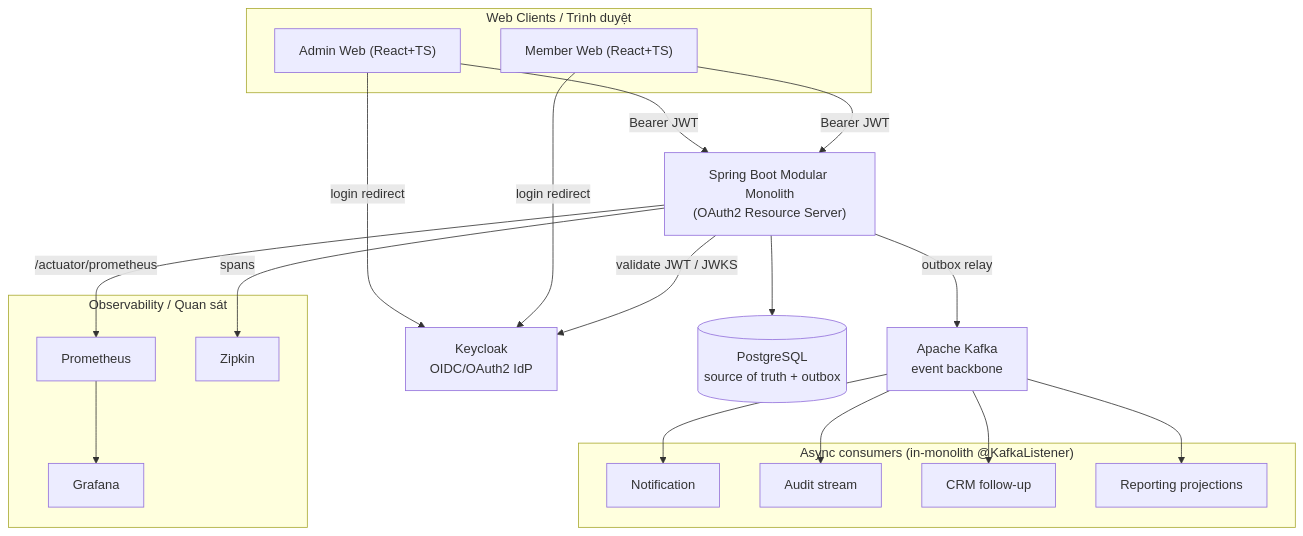
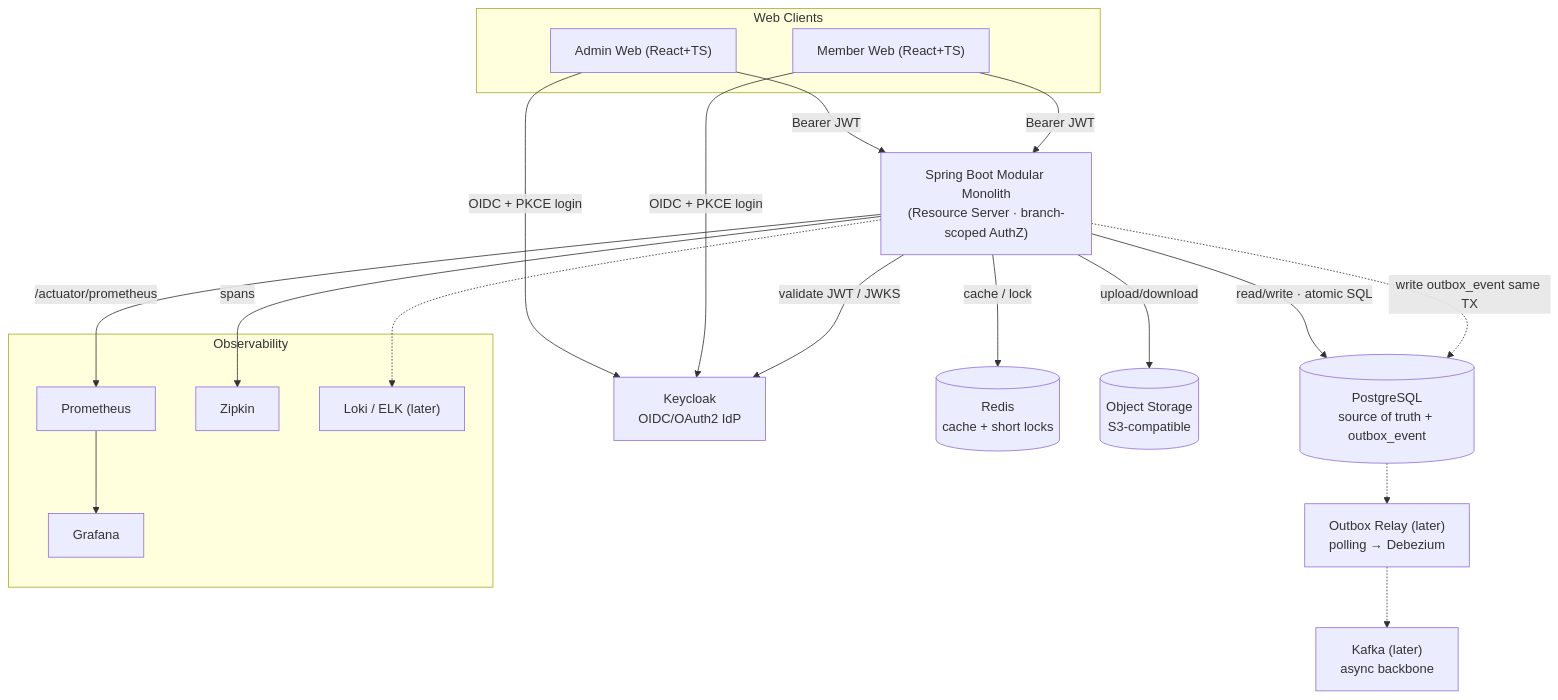
One commit to diepchu1999/gym-platform changed the diagram in gym-platform-docs/architecture/solution-architecture.md. Above: the diagram before and after it, drawn with Mermaid. The commit also changed other lines of this file and 47 other files, not shown here.

````diff
--- a/gym-platform-docs/architecture/solution-architecture.md
+++ b/gym-platform-docs/architecture/solution-architecture.md
@@ -32,37 +35,32 @@
 ```mermaid
 flowchart TB
-    subgraph Clients["Web Clients / Trình duyệt"]
+    subgraph Clients["Web Clients"]
       ADMIN["Admin Web (React+TS)"]
       MEMBER["Member Web (React+TS)"]
     end
-
     KC["Keycloak<br/>OIDC/OAuth2 IdP"]
-    API["Spring Boot Modular Monolith<br/>(OAuth2 Resource Server)"]
-    PG[("PostgreSQL<br/>source of truth + outbox")]
-    KAFKA["Apache Kafka<br/>event backbone"]
-
-    subgraph Consumers["Async consumers (in-monolith @KafkaListener)"]
-      NOTI["Notification"]
-      AUDIT["Audit stream"]
-      CRMC["CRM follow-up"]
-      REPT["Reporting projections"]
-    end
-
-    subgraph Obs["Observability / Quan sát"]
+    API["Spring Boot Modular Monolith<br/>(Resource Server · branch-scoped AuthZ)"]
+    PG[("PostgreSQL<br/>source of truth + outbox_event")]
+    REDIS[("Redis<br/>cache + short locks")]
+    OBJ[("Object Storage<br/>S3-compatible")]
+    RELAY["Outbox Relay (later)<br/>polling → Debezium"]
+    KAFKA["Kafka (later)<br/>async backbone"]
+    subgraph Obs["Observability"]
       PROM["Prometheus"]
       GRAF["Grafana"]
       ZIP["Zipkin"]
+      LOKI["Loki / ELK (later)"]
     end
 
-    ADMIN -->|login redirect| KC
-    MEMBER -->|login redirect| KC
-    ADMIN -->|Bearer JWT| API
-    MEMBER -->|Bearer JWT| API
+    ADMIN & MEMBER -->|OIDC + PKCE login| KC
+    ADMIN & MEMBER -->|Bearer JWT| API
     API -->|validate JWT / JWKS| KC
-    API --> PG
-    API -->|outbox relay| KAFKA
-    KAFKA --> NOTI & AUDIT & CRMC & REPT
-    API -->|/actuator/prometheus| PROM
-    PROM --> GRAF
+    API -->|read/write · atomic SQL| PG
+    API -->|cache / lock| REDIS
+    API -->|upload/download| OBJ
+    API -.->|write outbox_event same TX| PG
+    PG -.-> RELAY -.-> KAFKA
+    API -->|/actuator/prometheus| PROM --> GRAF
     API -->|spans| ZIP
+    API -.-> LOKI
 ```
````
